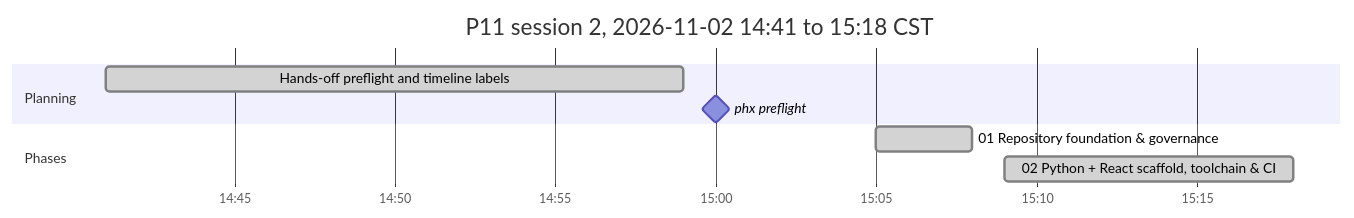
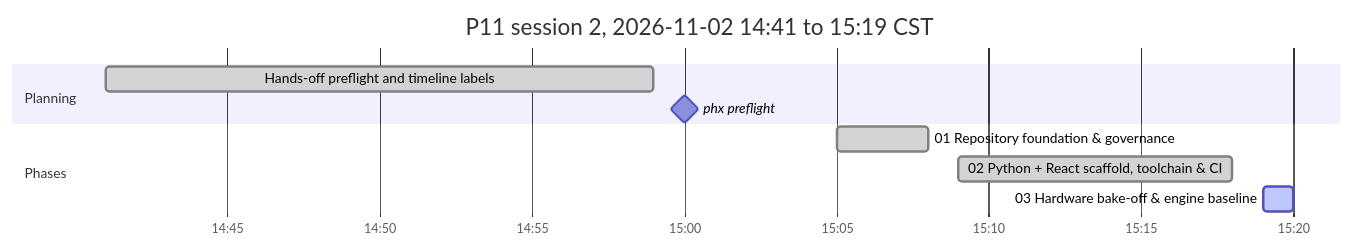
The second of 2 diagrams in P11_IMPLEMENTATION_PLAN.md (antonizick/project1111), drawn with Mermaid before and after one commit. The commit also changed other lines of this file and 1 other file, not shown here.

Commit message:
docs(plan): refresh timeline

````diff
--- a/P11_IMPLEMENTATION_PLAN.md
+++ b/P11_IMPLEMENTATION_PLAN.md
@@ -74,12 +74,13 @@
 ```mermaid
 gantt
-    title P11 session 2, 2026-11-02 14:41 to 15:18 CST
+    title P11 session 2, 2026-11-02 14:41 to 15:19 CST
     dateFormat YYYY-MM-DD HH:mm
     axisFormat %H:%M
     section Planning
     Hands-off preflight and timeline labels :done, plan3, 2026-11-02 14:41, 2026-11-02 14:59
     phx preflight :milestone, pf13ee0d5, 2026-11-02 15:00, 0m
     section Phases
     01 Repository foundation & governance :done, p01s2, 2026-11-02 15:05, 2026-11-02 15:08
     02 Python + React scaffold, toolchain & CI :done, p02s2, 2026-11-02 15:09, 2026-11-02 15:18
+    03 Hardware bake-off & engine baseline :active, p03s2, 2026-11-02 15:19, 2026-11-02 15:20
 ```
````
